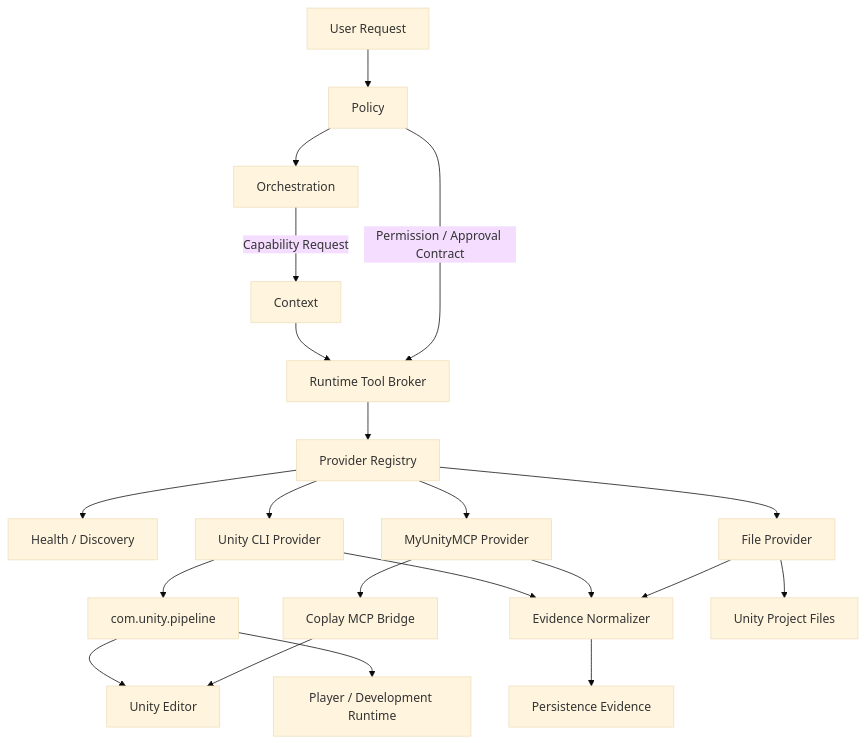
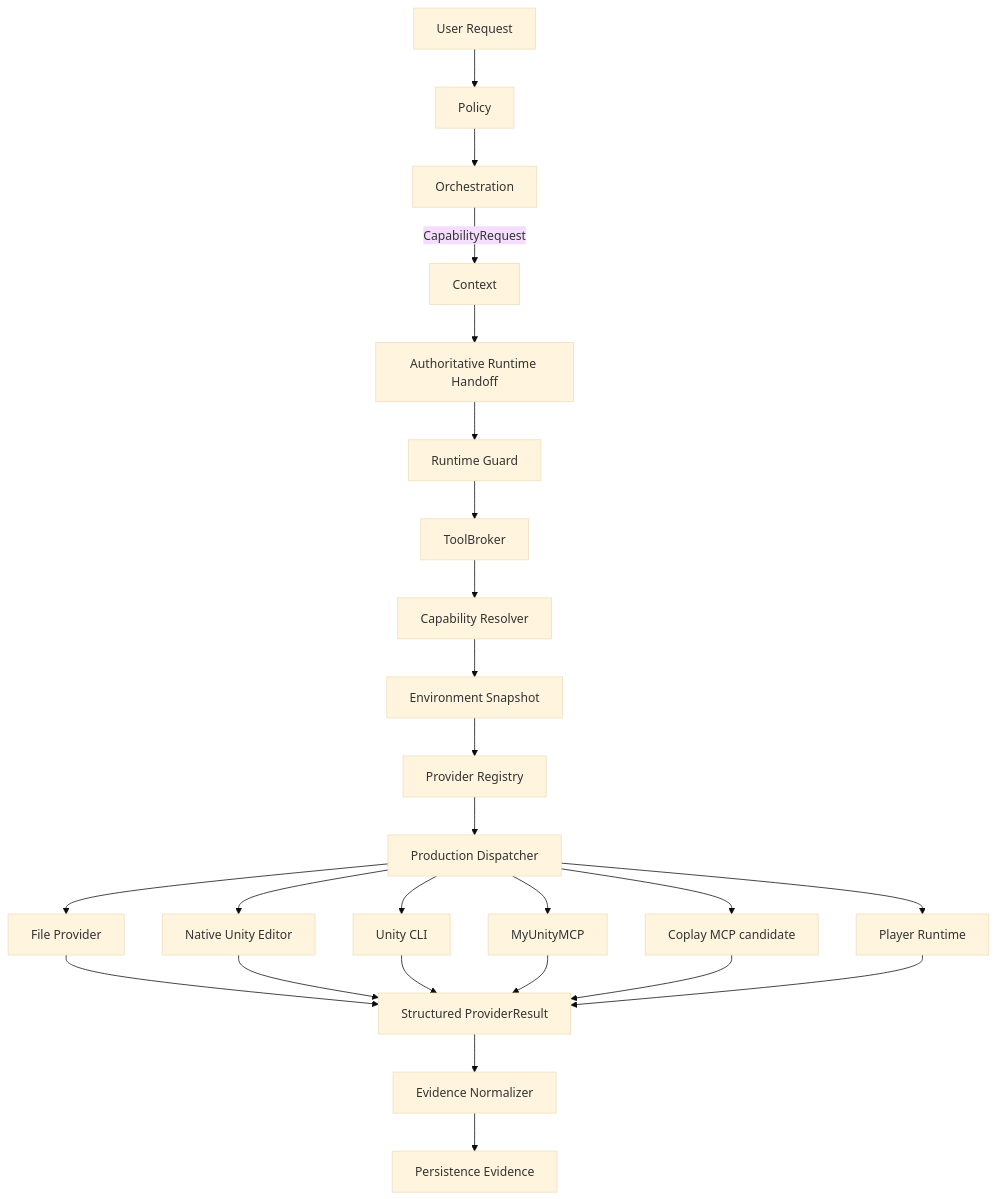
The first of 5 diagrams in Specs/UnityToolRuntime.md (DarumaPPAP/UnityAgent), drawn with Mermaid (base theme) before and after one commit. The commit also changed other lines of this file and 32 other files, not shown here.

Commit message:
Cut over production tool runtime and documentation

````diff
--- a/Specs/UnityToolRuntime.md
+++ b/Specs/UnityToolRuntime.md
@@ -120,51 +42,31 @@
 ```mermaid
 flowchart TD
-    U[User Request]
-    P[Policy]
-    O[Orchestration]
-    C[Context]
+    U[User Request] --> P[Policy]
+    P --> O[Orchestration]
+    O -->|CapabilityRequest| C[Context]
+    C --> H[Authoritative Runtime Handoff]
 
-    B[Runtime Tool Broker]
-    R[Provider Registry]
-    H[Health / Discovery]
-    E[Evidence Normalizer]
+    H --> G[Runtime Guard]
+    G --> B[ToolBroker]
+    B --> R[Capability Resolver]
+    R --> E[Environment Snapshot]
+    E --> PR[Provider Registry]
+    PR --> D[Production Dispatcher]
 
-    UC[Unity CLI Provider]
-    MM[MyUnityMCP Provider]
-    FM[File Provider]
+    D --> F[File Provider]
+    D --> N[Native Unity Editor]
+    D --> UC[Unity CLI]
+    D --> M[MyUnityMCP]
+    D --> CM[Coplay MCP candidate]
+    D --> PL[Player Runtime]
 
-    PIPE[com.unity.pipeline]
-    COPLAY[Coplay MCP Bridge]
+    F --> X[Structured ProviderResult]
+    N --> X
+    UC --> X
+    M --> X
+    CM --> X
+    PL --> X
 
-    EDITOR[Unity Editor]
-    PLAYER[Player / Development Runtime]
-    PROJECT[Unity Project Files]
-
-    U --> P
-    P --> O
-    O -->|Capability Request| C
-    C --> B
-    P -->|Permission / Approval Contract| B
-
-    B --> R
-    R --> H
-
-    R --> UC
-    R --> MM
-    R --> FM
-
-    UC --> PIPE
-    PIPE --> EDITOR
-    PIPE --> PLAYER
-
-    MM --> COPLAY
-    COPLAY --> EDITOR
-
-    FM --> PROJECT
-
-    UC --> E
-    MM --> E
-    FM --> E
-
-    E --> PE[Persistence Evidence]
+    X --> EV[Evidence Normalizer]
+    EV --> PE[Persistence Evidence]
 ```
````
